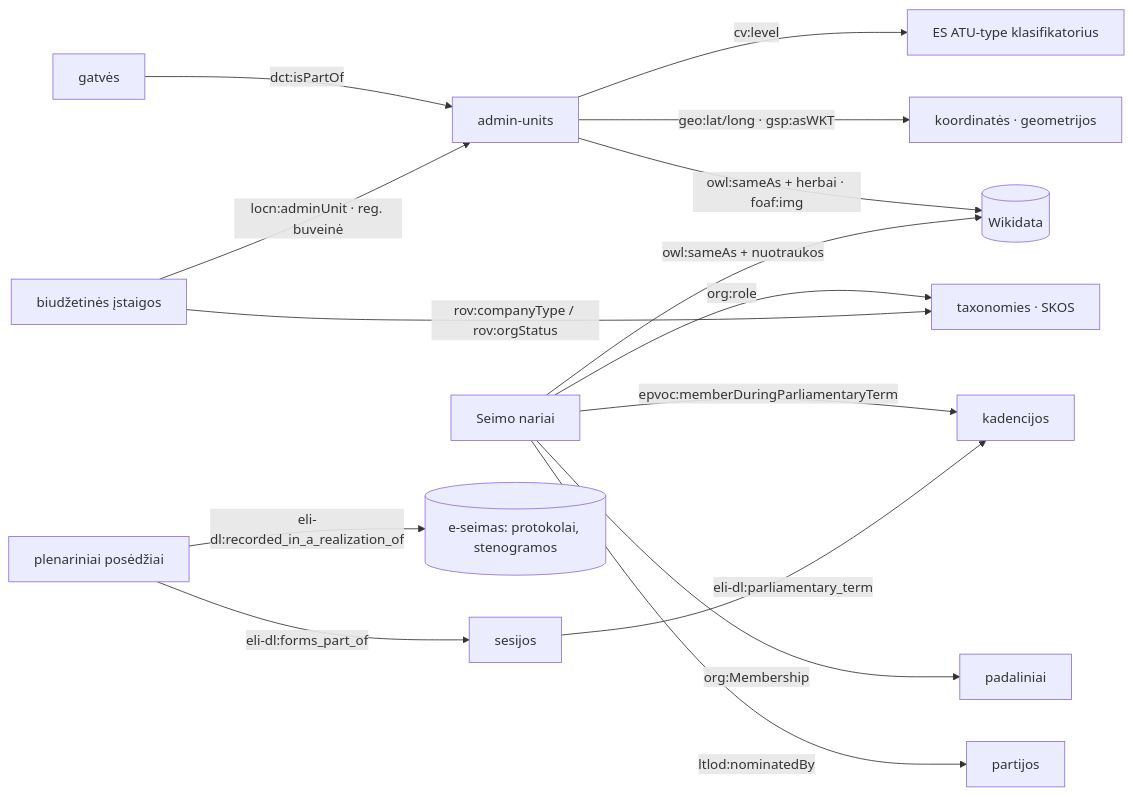
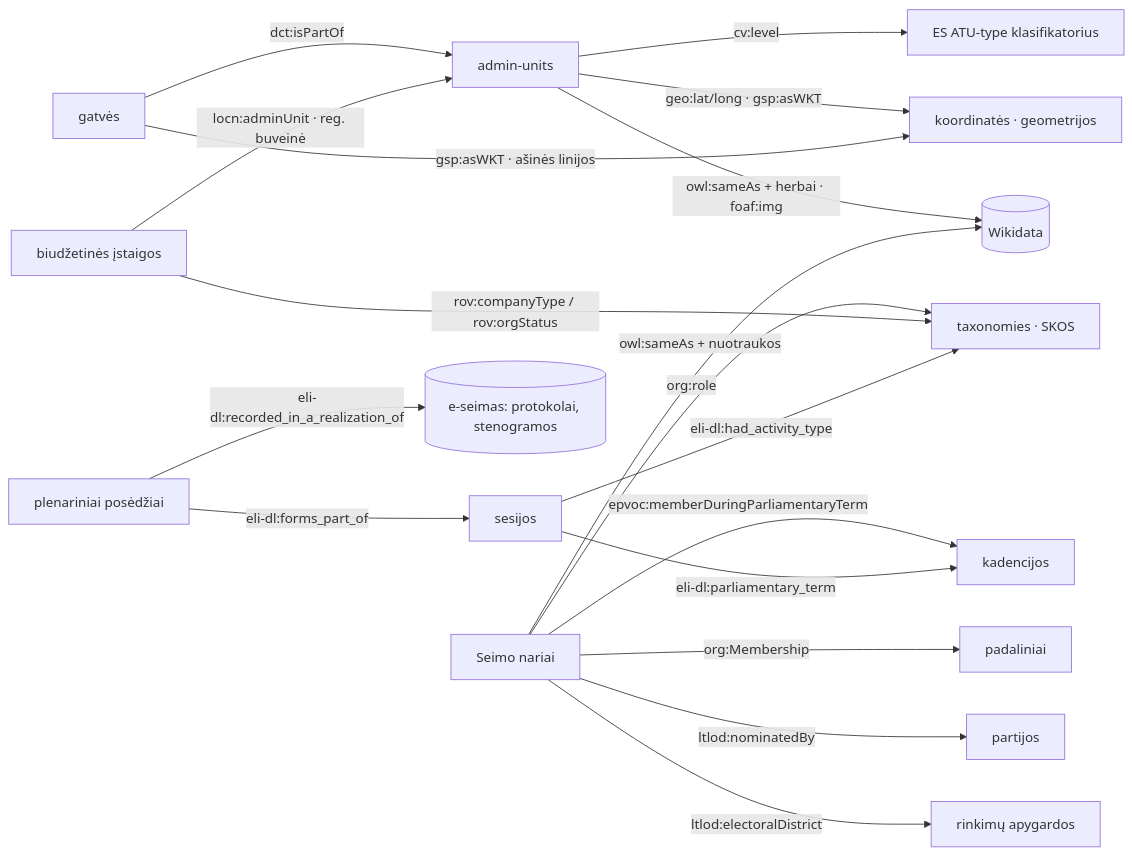
One commit to AtomGraph/LTLOD changed the second of 3 diagrams in README.md. Above: the diagram before and after it, drawn with Mermaid. The commit also changed other lines of this file and 1 other file, not shown here.

First line of the commit message:
Ontology overview diagram; README vocabularies and samples follow the data

````diff
--- a/README.md
+++ b/README.md
@@ -83,17 +89,20 @@
 ```mermaid
 graph LR
     streets[gatvės] -->|dct:isPartOf| admin[admin-units]
     legal[biudžetinės įstaigos] -->|locn:adminUnit · reg. buveinė| admin
     seimas[Seimo nariai] -->|org:Membership| units[padaliniai]
     seimas -->|ltlod:nominatedBy| parties[partijos]
+    seimas -->|ltlod:electoralDistrict| districts[rinkimų apygardos]
     seimas -->|org:role| tax[taxonomies · SKOS]
     legal -->|rov:companyType / rov:orgStatus| tax
     admin -->|cv:level| atu[ES ATU-type klasifikatorius]
     admin -->|geo:lat/long · gsp:asWKT| geo[koordinatės · geometrijos]
+    streets -->|gsp:asWKT · ašinės linijos| geo
     admin -->|owl:sameAs + herbai · foaf:img| wd[(Wikidata)]
     seimas -->|owl:sameAs + nuotraukos| wd
     seimas -->|epvoc:memberDuringParliamentaryTerm| terms[kadencijos]
     sittings[plenariniai posėdžiai] -->|eli-dl:forms_part_of| sessions[sesijos]
     sessions -->|eli-dl:parliamentary_term| terms
+    sessions -->|eli-dl:had_activity_type| tax
     sittings -->|eli-dl:recorded_in_a_realization_of| eseimas[(e-seimas: protokolai, stenogramos)]
 ```
````
